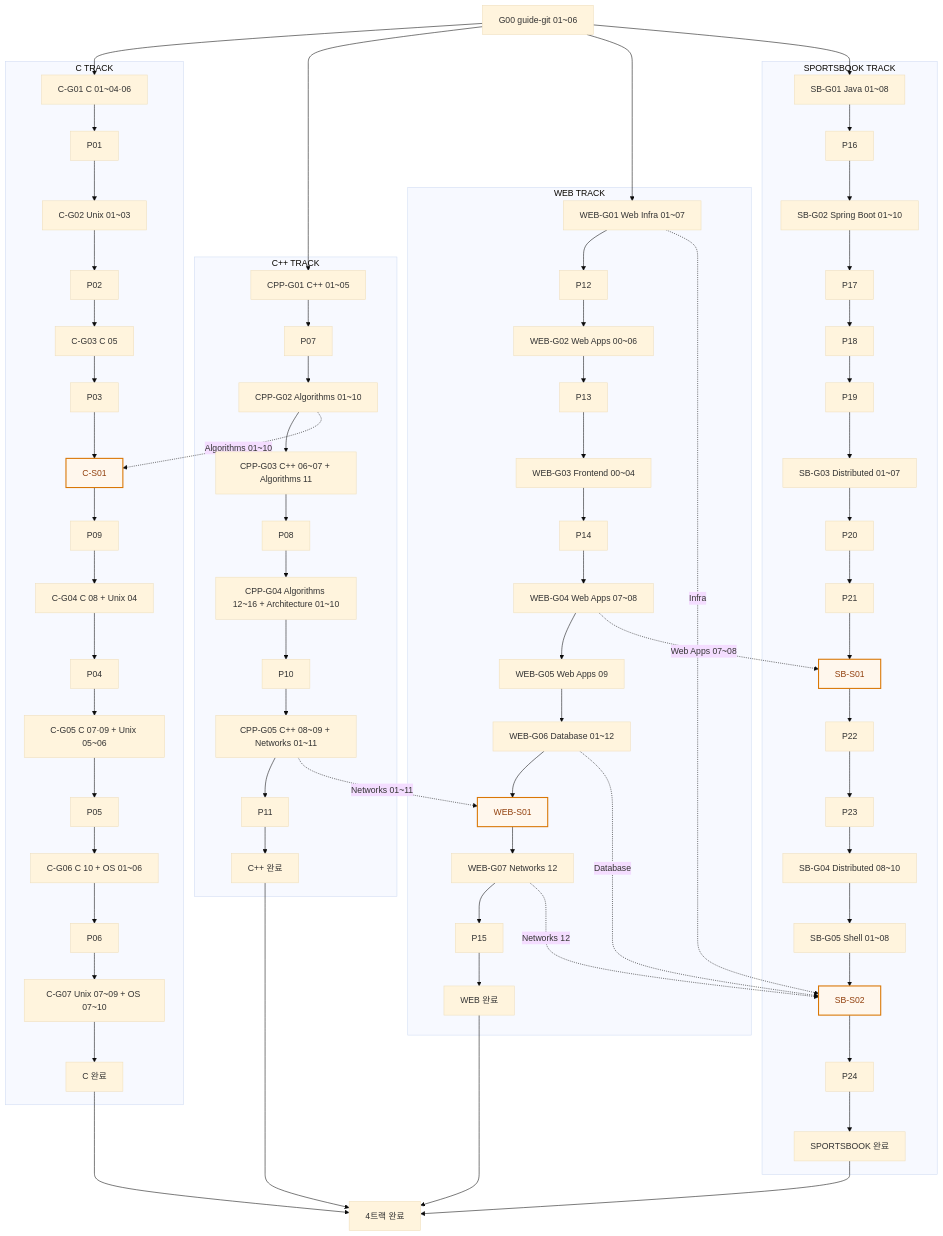
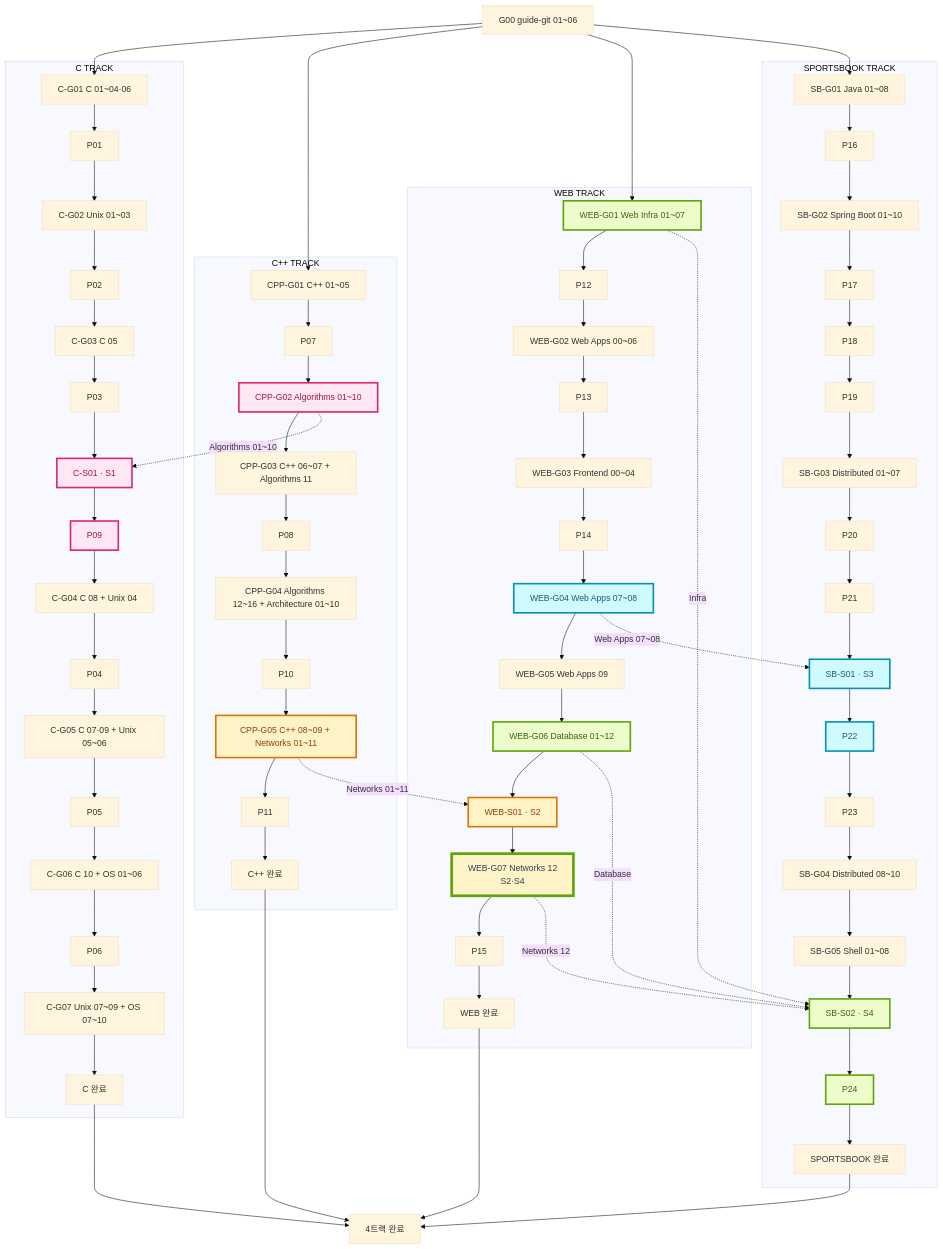
One commit to woopinbell/engineering-path-review changed the diagram in assets/path/parallel-guide-packets.mmd. Above: the diagram before and after it, drawn with Mermaid (base theme). The commit also changed 14 other files, not shown here.

```diff
--- a/assets/path/parallel-guide-packets.mmd
+++ b/assets/path/parallel-guide-packets.mmd
@@ -1,46 +1,54 @@
 flowchart TB
   G00["G00 guide-git 01~06"]
 
   subgraph C["C TRACK"]
     C1["C-G01 C 01~04·06"] --> P01["P01"] --> C2["C-G02 Unix 01~03"] --> P02["P02"]
-    P02 --> C3["C-G03 C 05"] --> P03["P03"] --> CS1["C-S01"] --> P09["P09"]
+    P02 --> C3["C-G03 C 05"] --> P03["P03"] --> CS1["C-S01 · S1"] --> P09["P09"]
     P09 --> C4["C-G04 C 08 + Unix 04"] --> P04["P04"] --> C5["C-G05 C 07·09 + Unix 05~06"] --> P05["P05"]
     P05 --> C6["C-G06 C 10 + OS 01~06"] --> P06["P06"] --> C7["C-G07 Unix 07~09 + OS 07~10"] --> CD["C 완료"]
   end
 
   subgraph CPP["C++ TRACK"]
     X1["CPP-G01 C++ 01~05"] --> P07["P07"] --> X2["CPP-G02 Algorithms 01~10"] --> X3["CPP-G03 C++ 06~07 + Algorithms 11"] --> P08["P08"]
     P08 --> X4["CPP-G04 Algorithms 12~16 + Architecture 01~10"] --> P10["P10"]
     P10 --> X5["CPP-G05 C++ 08~09 + Networks 01~11"] --> P11["P11"] --> XD["C++ 완료"]
   end
 
   subgraph WEB["WEB TRACK"]
     W1["WEB-G01 Web Infra 01~07"] --> P12["P12"] --> W2["WEB-G02 Web Apps 00~06"] --> P13["P13"]
     P13 --> W3["WEB-G03 Frontend 00~04"] --> P14["P14"] --> W4["WEB-G04 Web Apps 07~08"]
-    W4 --> W5["WEB-G05 Web Apps 09"] --> W6["WEB-G06 Database 01~12"] --> WS1["WEB-S01"] --> W7["WEB-G07 Networks 12"] --> P15["P15"] --> WD["WEB 완료"]
+    W4 --> W5["WEB-G05 Web Apps 09"] --> W6["WEB-G06 Database 01~12"] --> WS1["WEB-S01 · S2"] --> W7["WEB-G07 Networks 12<br/>S2·S4"] --> P15["P15"] --> WD["WEB 완료"]
   end
 
   subgraph SB["SPORTSBOOK TRACK"]
     S1["SB-G01 Java 01~08"] --> P16["P16"] --> S2["SB-G02 Spring Boot 01~10"] --> P17["P17"] --> P18["P18"] --> P19["P19"]
-    P19 --> S3["SB-G03 Distributed 01~07"] --> P20["P20"] --> P21["P21"] --> SS1["SB-S01"]
-    SS1 --> P22["P22"] --> P23["P23"] --> S4["SB-G04 Distributed 08~10"] --> S5["SB-G05 Shell 01~08"] --> SS2["SB-S02"] --> P24["P24"] --> SD["SPORTSBOOK 완료"]
+    P19 --> S3["SB-G03 Distributed 01~07"] --> P20["P20"] --> P21["P21"] --> SS1["SB-S01 · S3"]
+    SS1 --> P22["P22"] --> P23["P23"] --> S4["SB-G04 Distributed 08~10"] --> S5["SB-G05 Shell 01~08"] --> SS2["SB-S02 · S4"] --> P24["P24"] --> SD["SPORTSBOOK 완료"]
   end
 
   G00 --> C1
   G00 --> X1
   G00 --> W1
   G00 --> S1
   X2 -. "Algorithms 01~10" .-> CS1
   X5 -. "Networks 01~11" .-> WS1
   W4 -. "Web Apps 07~08" .-> SS1
   W1 -. "Infra" .-> SS2
   W6 -. "Database" .-> SS2
   W7 -. "Networks 12" .-> SS2
 
   CD --> DONE["4트랙 완료"]
   XD --> DONE
   WD --> DONE
   SD --> DONE
 
-  classDef sync fill:#fff7ed,stroke:#d97706,color:#92400e,stroke-width:2px;
-  class CS1,WS1,SS1,SS2 sync;
+  classDef sync1 fill:#fce7f3,stroke:#db2777,color:#9d174d,stroke-width:3px;
+  classDef sync2 fill:#fef3c7,stroke:#d97706,color:#92400e,stroke-width:3px;
+  classDef sync3 fill:#cffafe,stroke:#0891b2,color:#155e75,stroke-width:3px;
+  classDef sync4 fill:#ecfccb,stroke:#65a30d,color:#3f6212,stroke-width:3px;
+  classDef sync24 fill:#fef3c7,stroke:#65a30d,color:#334155,stroke-width:5px;
+  class X2,CS1,P09 sync1;
+  class X5,WS1 sync2;
+  class W4,SS1,P22 sync3;
+  class W1,W6,SS2,P24 sync4;
+  class W7 sync24;
```
